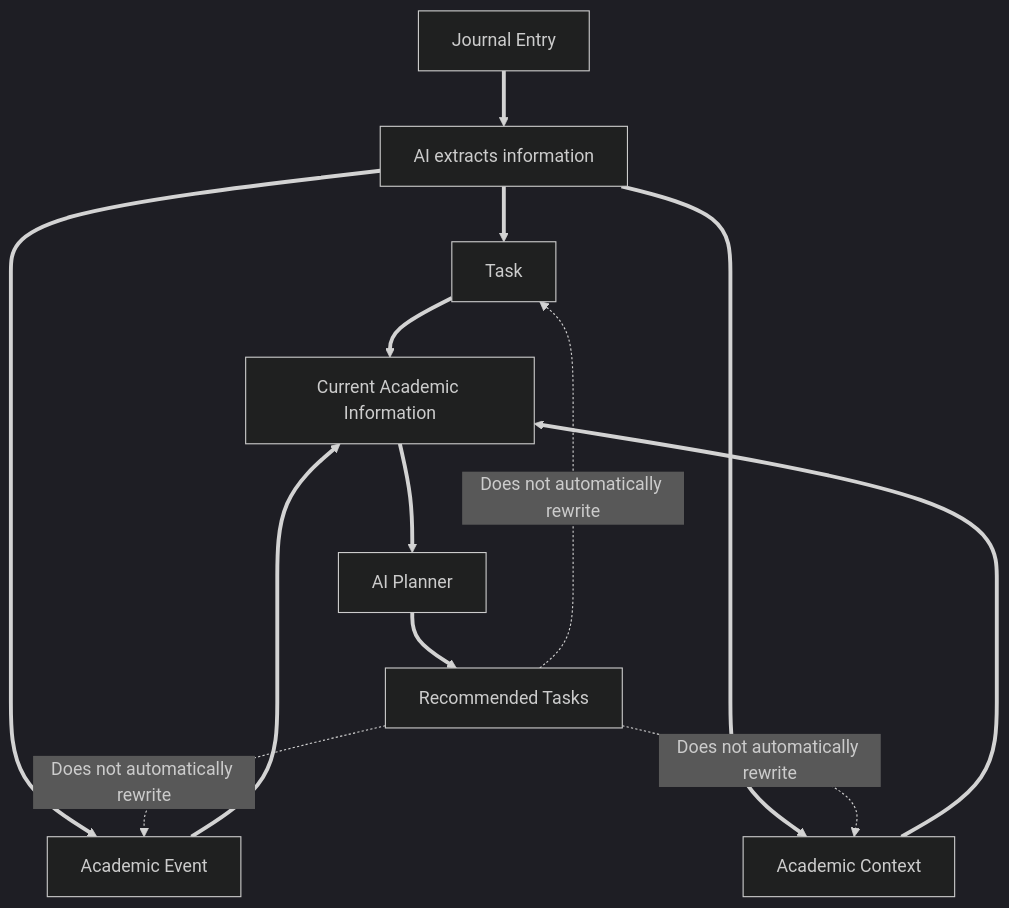
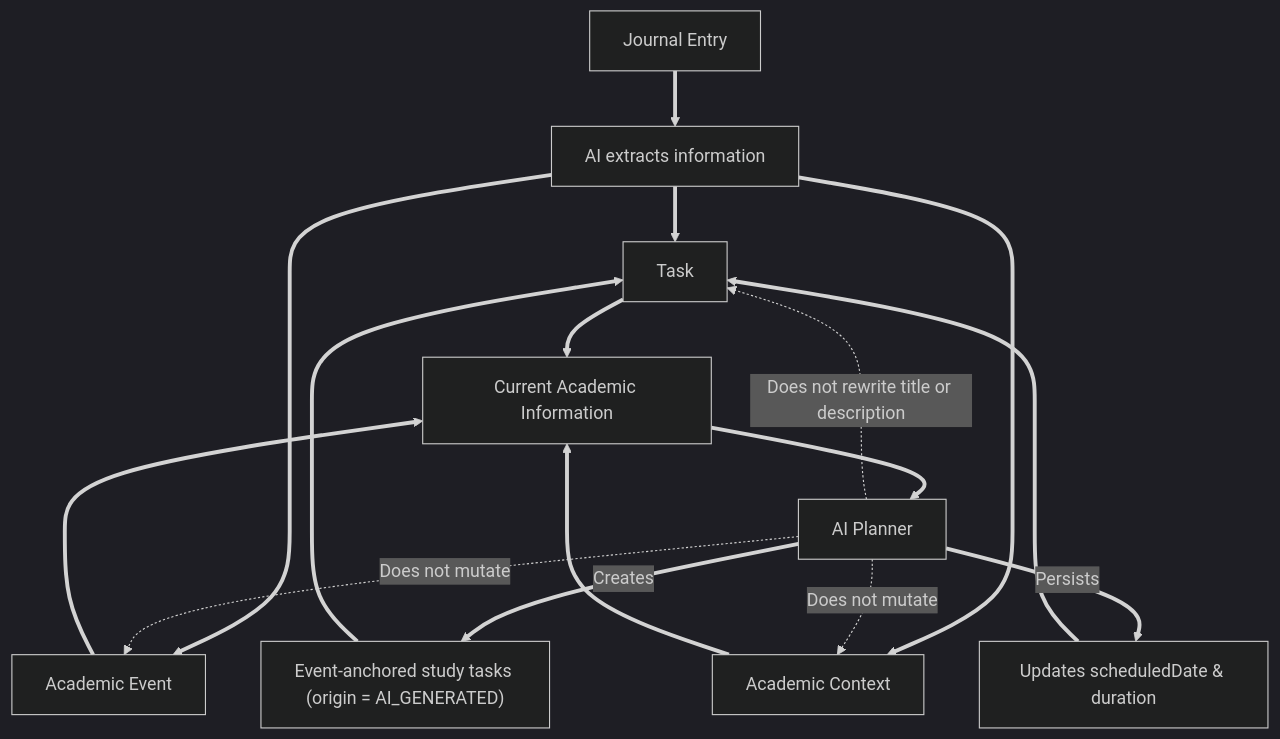
Before and after one commit to Peezzied/nyare: the sixth of 9 diagrams in docs/system-workflows.md, drawn with Mermaid (dark theme). The commit also changed other lines of this file and 5 other files, not shown here.

First line of the commit message:
docs(spec): align planner and task lifecycle with combined flow

````diff
--- a/docs/system-workflows.md
+++ b/docs/system-workflows.md
@@ -189,26 +194,31 @@
 ```mermaid
 flowchart TD
     Journal[Journal Entry]
     Extract[AI extracts information]
     Task[Task]
     Event[Academic Event]
     Context[Academic Context]
     State[Current Academic Information]
     Planner[AI Planner]
-    Recommendations[Recommended Tasks]
+    NewTasks["Event-anchored study tasks (origin = AI_GENERATED)"]
+    ScheduleUpdates["Updates scheduledDate & duration"]
 
     Journal ==> Extract
     Extract ==> Task
     Extract ==> Event
     Extract ==> Context
 
     Task ==> State
     Event ==> State
     Context ==> State
     State ==> Planner
-    Planner ==> Recommendations
 
-    Recommendations -.->|Does not automatically rewrite| Task
-    Recommendations -.->|Does not automatically rewrite| Event
-    Recommendations -.->|Does not automatically rewrite| Context
+    Planner ==>|Creates| NewTasks
+    Planner ==>|Persists| ScheduleUpdates
+    NewTasks ==> Task
+    ScheduleUpdates ==> Task
+
+    Planner -.->|Does not rewrite title or description| Task
+    Planner -.->|Does not mutate| Event
+    Planner -.->|Does not mutate| Context
 ```
````
